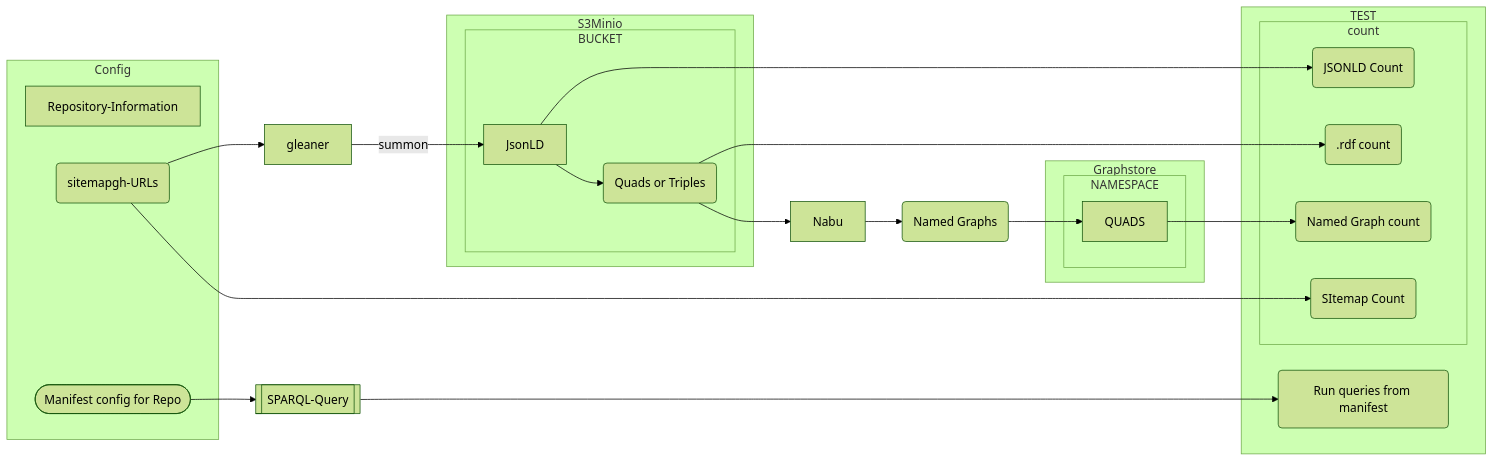
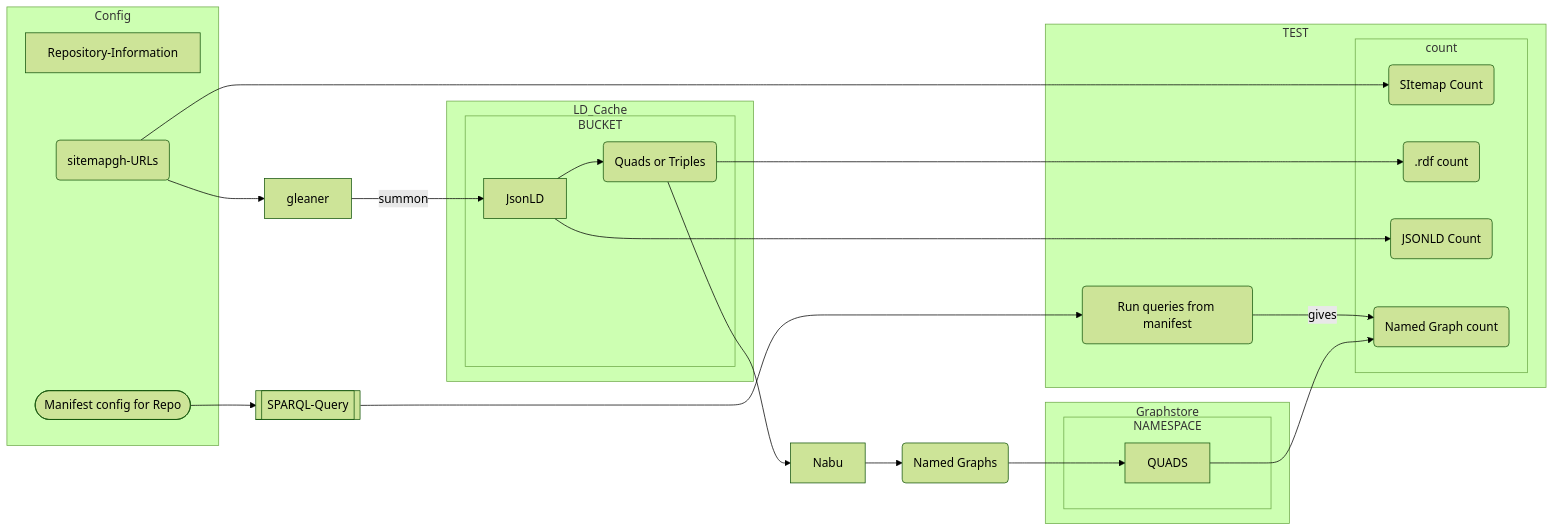
The first of 2 diagrams in test/testing.md (MBcode/ec), drawn with Mermaid (forest theme) before and after one commit.

Commit message:
Update testing.md
close enough for how sparql query gives named-graph list/count when list compared gives missing URNs spelled out again later

````diff
--- a/test/testing.md
+++ b/test/testing.md
@@ -49,39 +49,40 @@
 ```mermaid
 flowchart LR
-   subgraph S3Minio
+   subgraph LD_Cache
       subgraph BUCKET
          RDF(Quads or Triples)
          JsonLD
 
       end
    end
    subgraph Config
         Repository-Information
       SG(sitemapgh-URLs)
       TESTMAN([ Manifest config for Repo ])
    end
   SG --> gleaner
   
   gleaner -- summon  --> JsonLD
   SG(sitemapgh-URLs) --> SMC( SItemap Count )
   subgraph TEST
       subgraph count
         SMC( SItemap Count )
         RC( .rdf count )
         GLNRCOUNT(JSONLD Count)
         GSGraphCOUNT(Named Graph count)
        end
         DLQUERY(Run queries from manifest )
   end
+  DLQUERY -- gives --> GSGraphCOUNT
   JsonLD --> GLNRCOUNT
   JsonLD --> RDF
   RDF --> RC
   subgraph Graphstore
       subgraph NAMESPACE
          QUADS
       end
    end
   QUADS --> GSGraphCOUNT
   RDF --> Nabu --> NGRPH(Named Graphs) --> QUADS
   TESTMAN --> TESTQUERY[[SPARQL-Query ]]  --> DLQUERY
 ```
````
